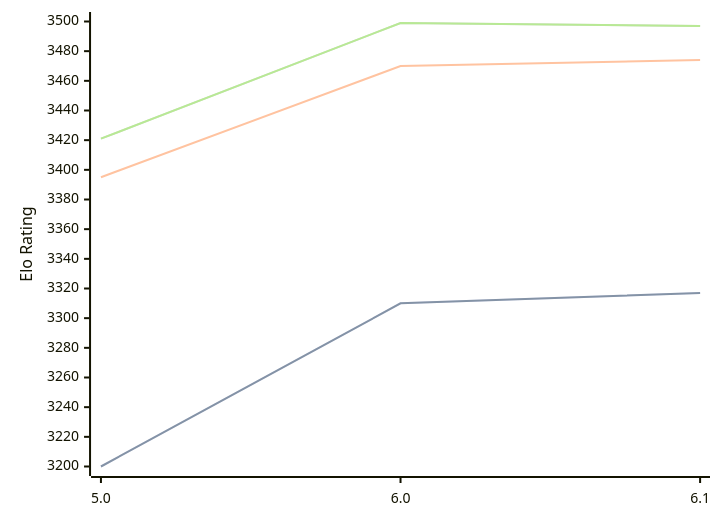
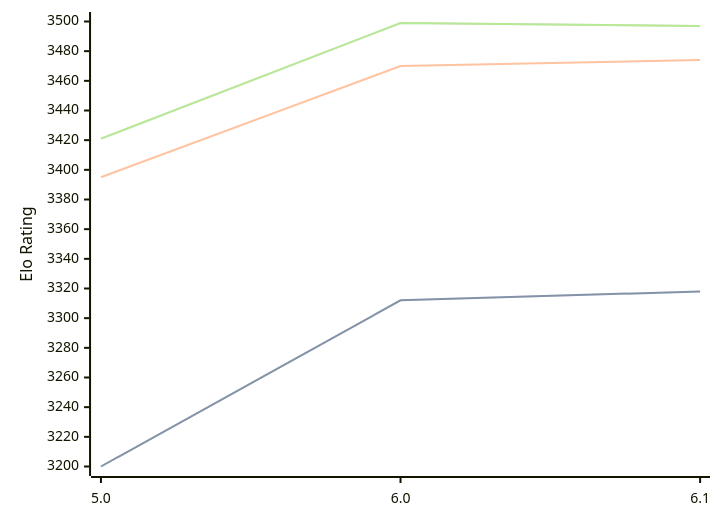
Before and after one commit to computer-chess-index/cci: the diagram in engines/Starzix.md, drawn with Mermaid. The commit also changed other lines of this file, not shown here.

````diff
--- a/engines/Starzix.md
+++ b/engines/Starzix.md
@@ -37,11 +37,11 @@
 ```mermaid
 %%{init: {"theme":"base","themeVariables":{"seriesColors:['#a3a3a3','#222221','#faa371']}}}%%
 xychart-beta
   x-axis ["5.0", "6.0", "6.1"]
   y-axis "Elo Rating" 3200 --> 3500
-  line "STC (8.0+0.08s)" [3200, 3310, 3317]
-  line "STC (8.0+0.08s)" [3200, 3310, 3317]
+  line "STC (8.0+0.08s)" [3200, 3312, 3318]
+  line "STC (8.0+0.08s)" [3200, 3312, 3318]
   line "LTC (60.0+0.60s)" [3395, 3470, 3474]
   line "VLTC (2m24s+1.12s)" [3421, 3499, 3497]
   line "VLTC (2m24s+1.12s)" [3421, 3499, 3497]
 ```
````
